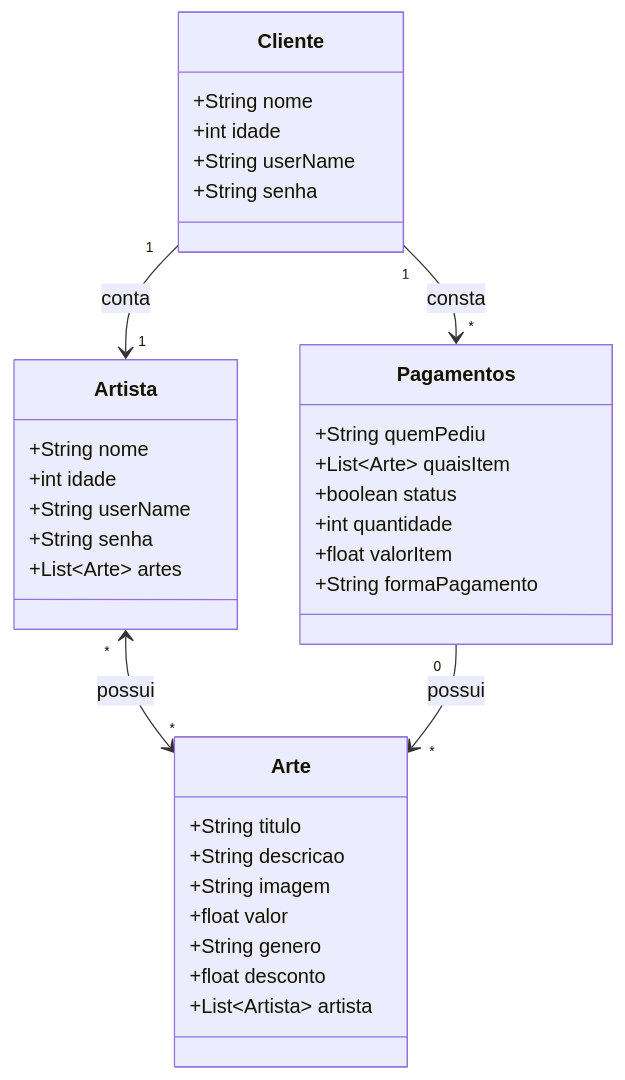
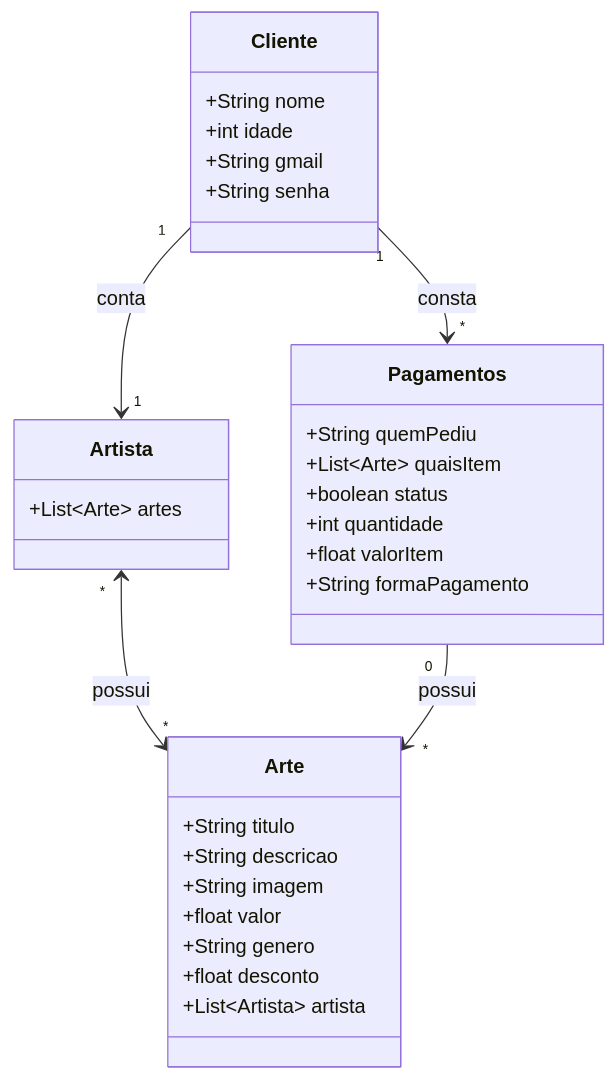
The diagram in README.md (GigliarlyM/Traits-server), drawn with Mermaid before and after one commit. The commit also changed 4 other files, not shown here.

Commit message:
atualizando o diagrama e criandos todas as entidades necessarias

````diff
--- a/README.md
+++ b/README.md
@@ -31,37 +31,33 @@
 ```mermaid
 classDiagram
     class Artista {
-        +String nome
-        +int idade
-        +String userName
-        +String senha
         +List~Arte~ artes
     }
     class Arte {
         +String titulo
         +String descricao
         +String imagem
         +float valor
         +String genero
         +float desconto
         +List~Artista~ artista
     }
     class Pagamentos {
 	    +String quemPediu
 	    +List~Arte~ quaisItem
 	    +boolean status
 	    +int quantidade
 	    +float valorItem
 	    +String formaPagamento
     }
     class Cliente {
 	    +String nome
 	    +int idade
-	    +String userName
+	    +String gmail
 	    +String senha
     }
     Artista "*" <--> "*" Arte : possui
     Cliente "1" --> "1" Artista : conta
     Pagamentos "0" --> "*" Arte : possui
     Cliente "1" --> "*" Pagamentos : consta
 ```
````
